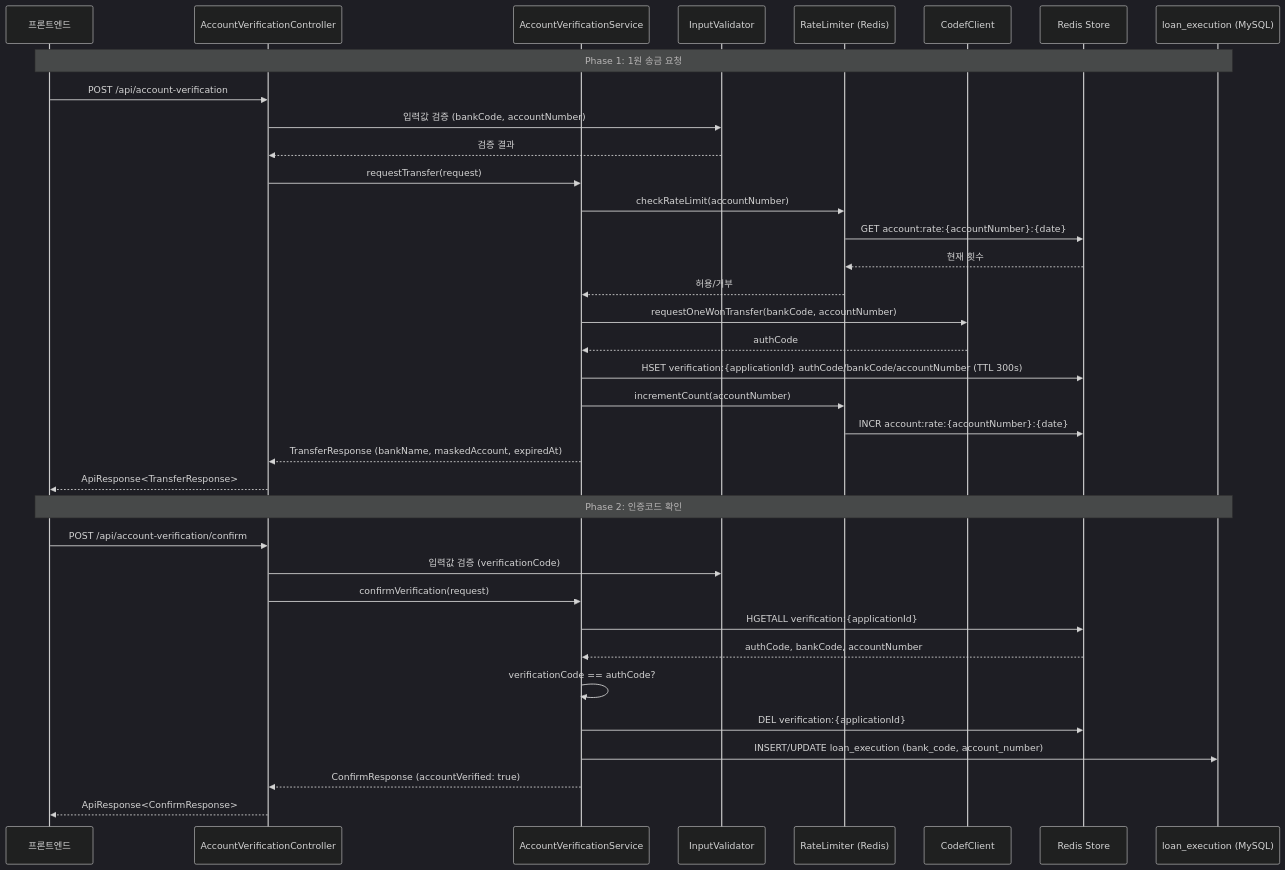
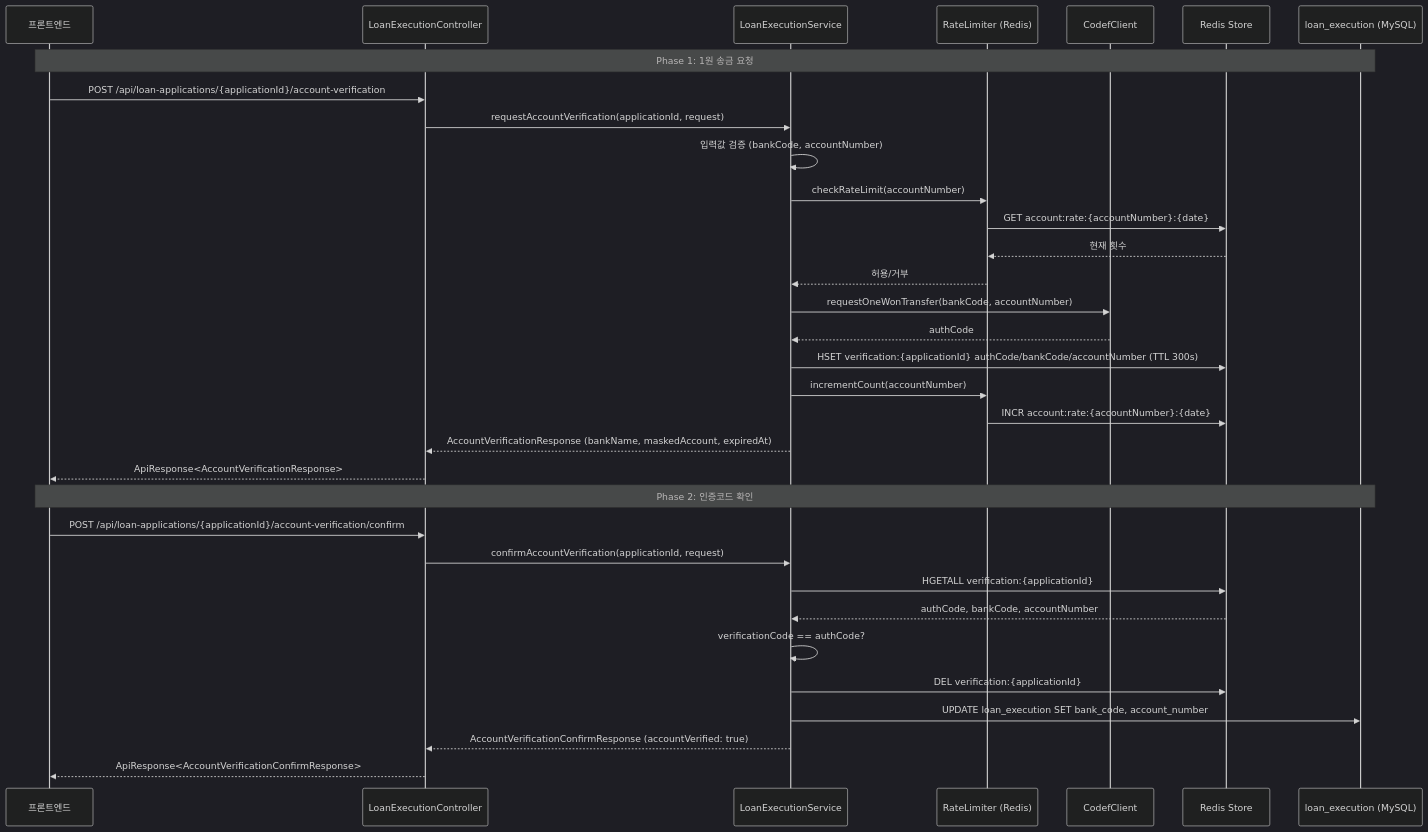
Before and after one commit to woori-SoFit/SoFit-backend: the diagram in .kiro/specs/codef-account-verification/design.md, drawn with Mermaid (dark theme). The commit also changed other lines of this file and 10 other files, not shown here.

````diff
--- a/.kiro/specs/codef-account-verification/design.md
+++ b/.kiro/specs/codef-account-verification/design.md
@@ -16,40 +18,37 @@
 ```mermaid
 sequenceDiagram
     participant Client as 프론트엔드
-    participant Controller as AccountVerificationController
-    participant Service as AccountVerificationService
-    participant Validator as InputValidator
+    participant Controller as LoanExecutionController
+    participant Service as LoanExecutionService
     participant RateLimiter as RateLimiter (Redis)
     participant CodefClient as CodefClient
     participant Redis as Redis Store
     participant DB as loan_execution (MySQL)
 
     Note over Client, DB: Phase 1: 1원 송금 요청
-    Client->>Controller: POST /api/account-verification
-    Controller->>Validator: 입력값 검증 (bankCode, accountNumber)
-    Validator-->>Controller: 검증 결과
-    Controller->>Service: requestTransfer(request)
+    Client->>Controller: POST /api/loan-applications/{applicationId}/account-verification
+    Controller->>Service: requestAccountVerification(applicationId, request)
+    Service->>Service: 입력값 검증 (bankCode, accountNumber)
     Service->>RateLimiter: checkRateLimit(accountNumber)
     RateLimiter->>Redis: GET account:rate:{accountNumber}:{date}
     Redis-->>RateLimiter: 현재 횟수
     RateLimiter-->>Service: 허용/거부
     Service->>CodefClient: requestOneWonTransfer(bankCode, accountNumber)
     CodefClient-->>Service: authCode
     Service->>Redis: HSET verification:{applicationId} authCode/bankCode/accountNumber (TTL 300s)
     Service->>RateLimiter: incrementCount(accountNumber)
     RateLimiter->>Redis: INCR account:rate:{accountNumber}:{date}
-    Service-->>Controller: TransferResponse (bankName, maskedAccount, expiredAt)
-    Controller-->>Client: ApiResponse<TransferResponse>
+    Service-->>Controller: AccountVerificationResponse (bankName, maskedAccount, expiredAt)
+    Controller-->>Client: ApiResponse<AccountVerificationResponse>
 
     Note over Client, DB: Phase 2: 인증코드 확인
-    Client->>Controller: POST /api/account-verification/confirm
-    Controller->>Validator: 입력값 검증 (verificationCode)
-    Controller->>Service: confirmVerification(request)
+    Client->>Controller: POST /api/loan-applications/{applicationId}/account-verification/confirm
+    Controller->>Service: confirmAccountVerification(applicationId, request)
     Service->>Redis: HGETALL verification:{applicationId}
     Redis-->>Service: authCode, bankCode, accountNumber
     Service->>Service: verificationCode == authCode?
     Service->>Redis: DEL verification:{applicationId}
-    Service->>DB: INSERT/UPDATE loan_execution (bank_code, account_number)
-    Service-->>Controller: ConfirmResponse (accountVerified: true)
-    Controller-->>Client: ApiResponse<ConfirmResponse>
+    Service->>DB: UPDATE loan_execution SET bank_code, account_number
+    Service-->>Controller: AccountVerificationConfirmResponse (accountVerified: true)
+    Controller-->>Client: ApiResponse<AccountVerificationConfirmResponse>
 ```
````
